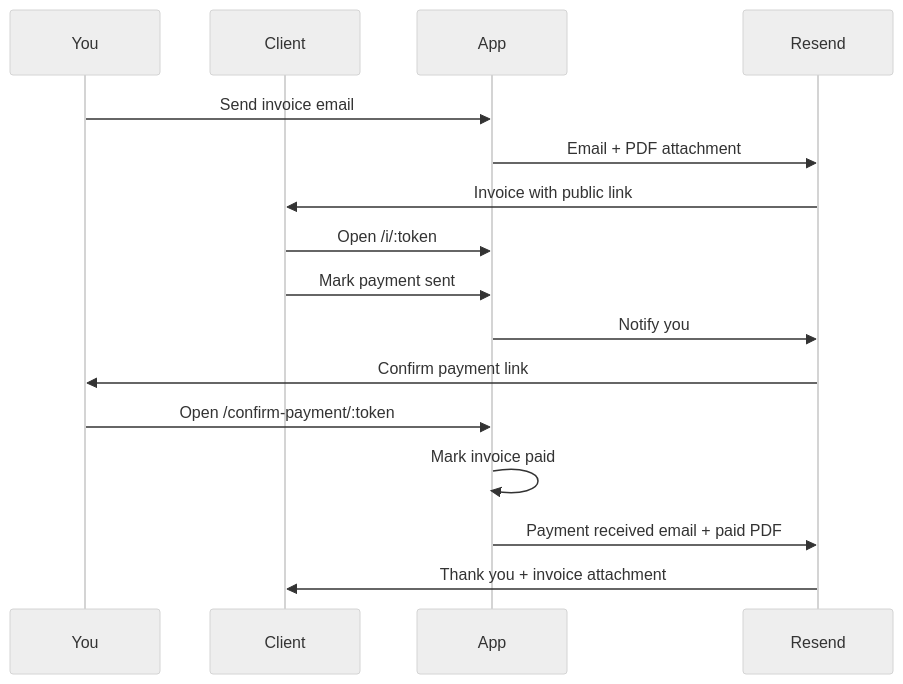
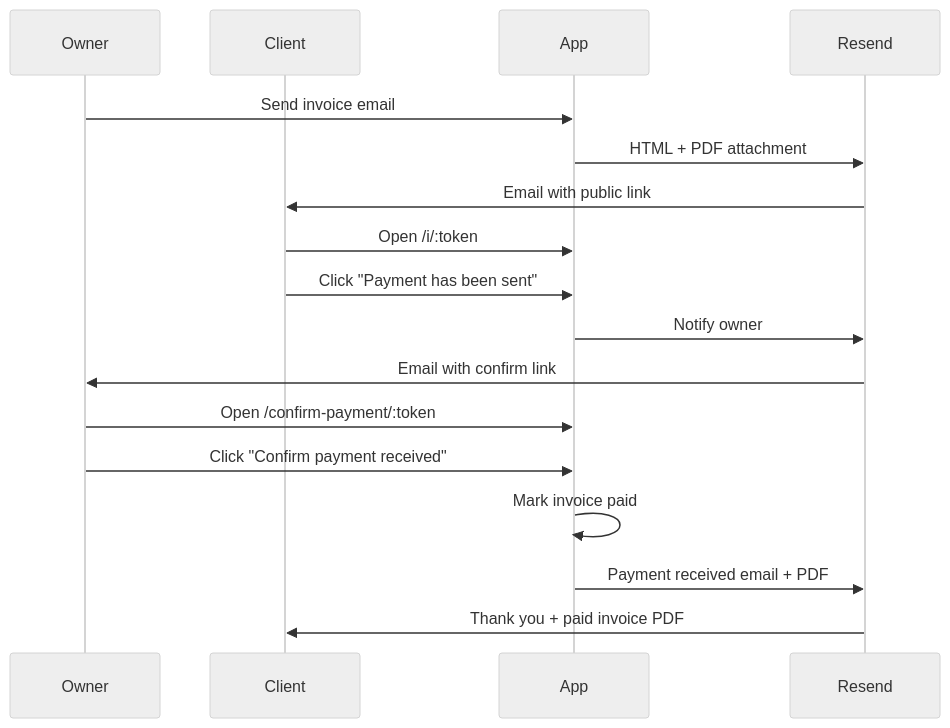
The diagram in README.md (anthonyash91/mynvoice), drawn with Mermaid (neutral theme) before and after one commit. The commit also changed other lines of this file and 43 other files, not shown here.

First line of the commit message:
Improve public payment UX, email delivery, and shared UI components.

````diff
--- a/README.md
+++ b/README.md
@@ -56,21 +199,22 @@
 ```mermaid
 sequenceDiagram
-  participant You
+  participant Owner
   participant Client
   participant App
   participant Resend
 
-  You->>App: Send invoice email
-  App->>Resend: Email + PDF attachment
-  Resend->>Client: Invoice with public link
+  Owner->>App: Send invoice email
+  App->>Resend: HTML + PDF attachment
+  Resend->>Client: Email with public link
 
   Client->>App: Open /i/:token
-  Client->>App: Mark payment sent
-  App->>Resend: Notify you
-  Resend->>You: Confirm payment link
+  Client->>App: Click "Payment has been sent"
+  App->>Resend: Notify owner
+  Resend->>Owner: Email with confirm link
 
-  You->>App: Open /confirm-payment/:token
+  Owner->>App: Open /confirm-payment/:token
+  Owner->>App: Click "Confirm payment received"
   App->>App: Mark invoice paid
-  App->>Resend: Payment received email + paid PDF
-  Resend->>Client: Thank you + invoice attachment
+  App->>Resend: Payment received email + PDF
+  Resend->>Client: Thank you + paid invoice PDF
 ```
````
